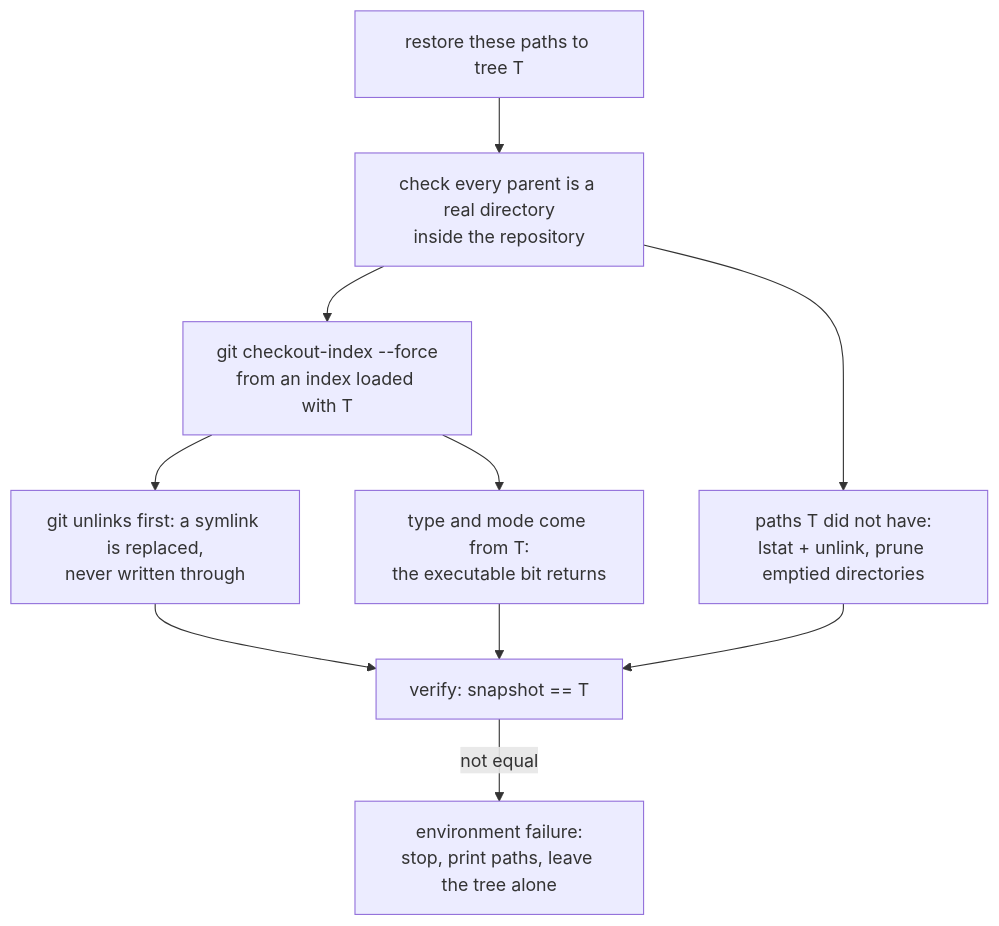
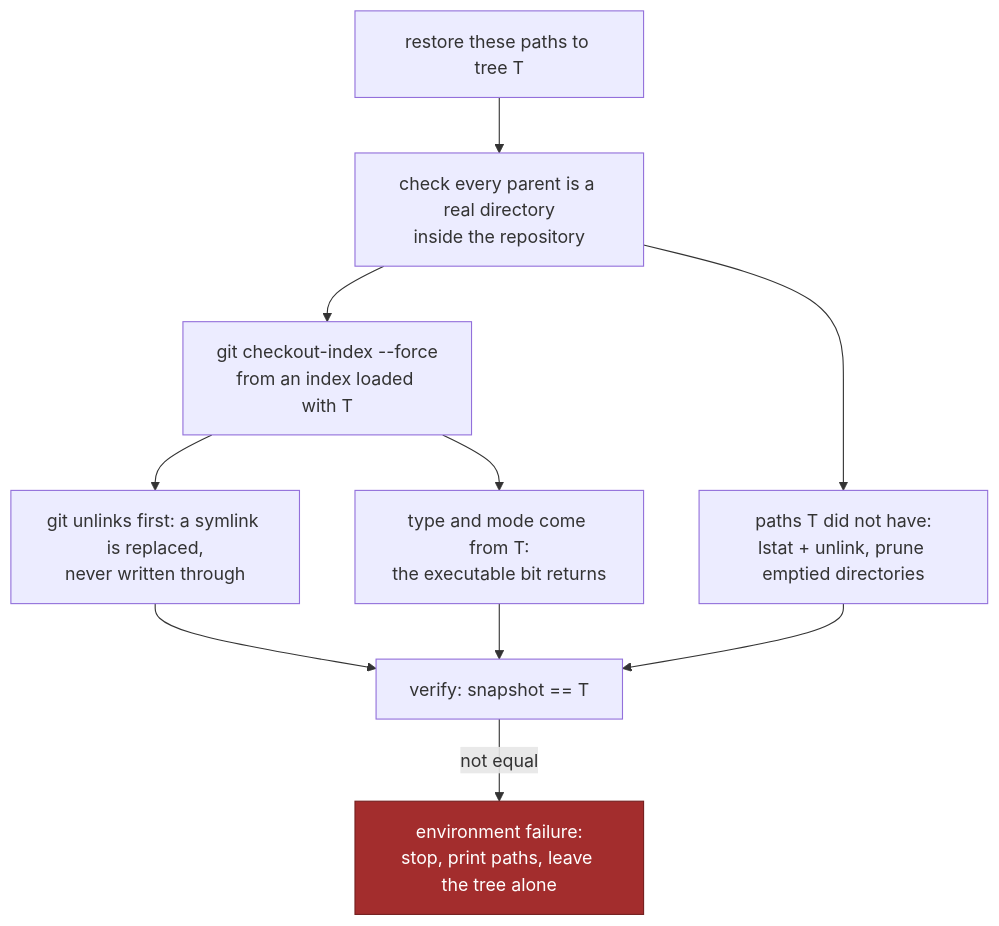
One commit to miavenet/mv-aipp101-starter changed the third of 5 diagrams in task_runner/docs/tutorial/04-safety-git-and-recovery.md. Above: the diagram before and after it, drawn with Mermaid. The commit also changed other lines of this file and 6 other files, not shown here.

````diff
--- a/task_runner/docs/tutorial/04-safety-git-and-recovery.md
+++ b/task_runner/docs/tutorial/04-safety-git-and-recovery.md
@@ -64,12 +70,15 @@
 ```mermaid
 flowchart TB
     R["restore these paths to tree T"] --> C1["check every parent is a real directory<br/>inside the repository"]
     C1 --> C2["git checkout-index --force<br/>from an index loaded with T"]
     C2 --> N1["git unlinks first: a symlink is replaced,<br/>never written through"]
     C2 --> N2["type and mode come from T:<br/>the executable bit returns"]
     C1 --> C3["paths T did not have:<br/>lstat + unlink, prune emptied directories"]
     N1 --> V["verify: snapshot == T"]
     N2 --> V
     C3 --> V
     V -- "not equal" --> EF["environment failure:<br/>stop, print paths, leave the tree alone"]
+
+    classDef stop fill:#a32d2d,stroke:#741f1f,color:#ffffff
+    class EF stop
 ```
````
